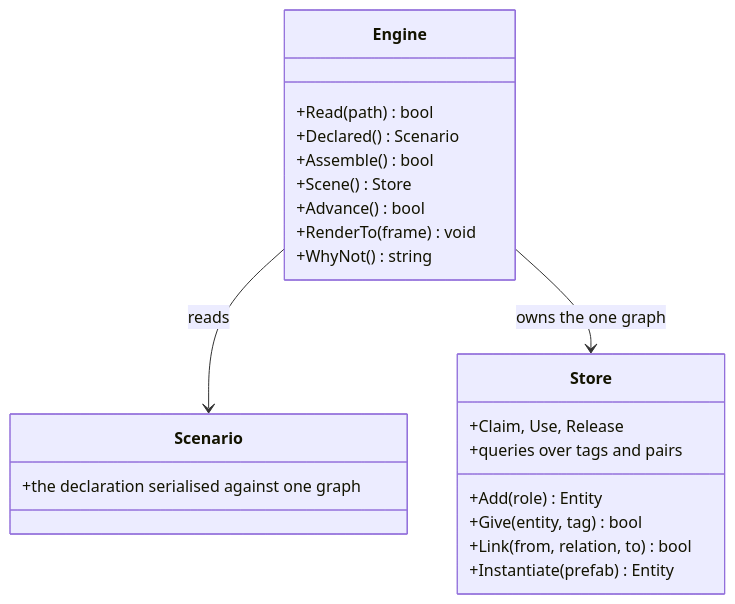
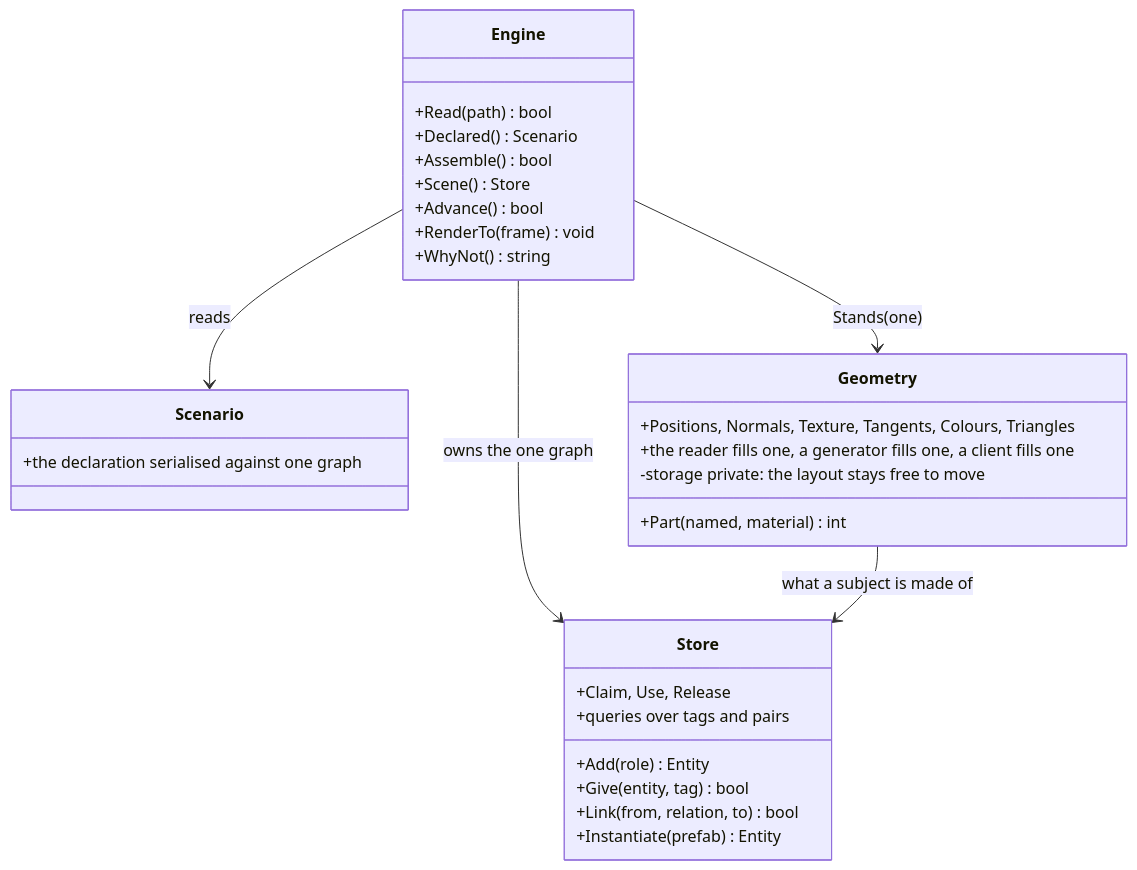
One commit to Weichwolf/outshine changed the sixth of 8 diagrams in CLAUDE.md. Above: the diagram before and after it, drawn with Mermaid.

Commit message:
the full gate stands green at 1852/1852, and the door diagram carries Geometry
Every vendor corpus included -- khronos glTF and validator, wpt, test262, geographiclib -- which
are the only cases that prove anything. That is the baseline the merge in board:1949 starts from,
so a red after it is the merge's and not something it inherited.

CLAUDE.md's public-interface diagram gains Geometry: the builder the reader fills, a generator
fills and a client fills, with its storage private.

````diff
--- a/CLAUDE.md
+++ b/CLAUDE.md
@@ -273,26 +273,34 @@
 ```mermaid
 classDiagram
   direction TB
   class Engine {
     +Read(path) bool
     +Declared() Scenario
     +Assemble() bool
     +Scene() Store
     +Advance() bool
     +RenderTo(frame) void
     +WhyNot() string
   }
   class Store {
     +Add(role) Entity
     +Give(entity, tag) bool
     +Link(from, relation, to) bool
     +Instantiate(prefab) Entity
     +Claim, Use, Release
     +queries over tags and pairs
   }
   class Scenario {
     +the declaration serialised against one graph
   }
+  class Geometry {
+    +Part(named, material) int
+    +Positions, Normals, Texture, Tangents, Colours, Triangles
+    +the reader fills one, a generator fills one, a client fills one
+    -storage private: the layout stays free to move
+  }
   Engine --> Scenario : reads
+  Engine --> Geometry : Stands(one)
   Engine --> Store : owns the one graph
+  Geometry --> Store : what a subject is made of
 ```
````
